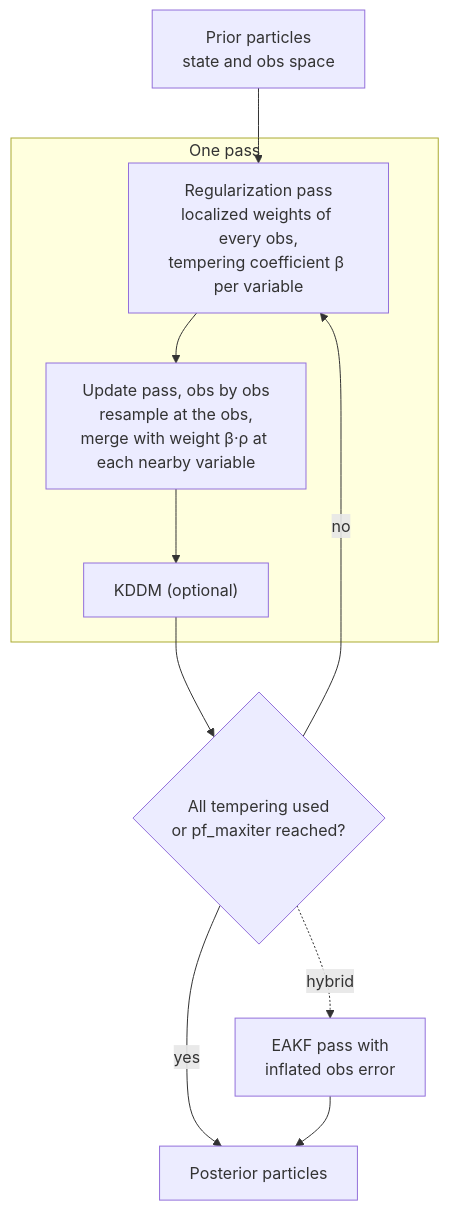
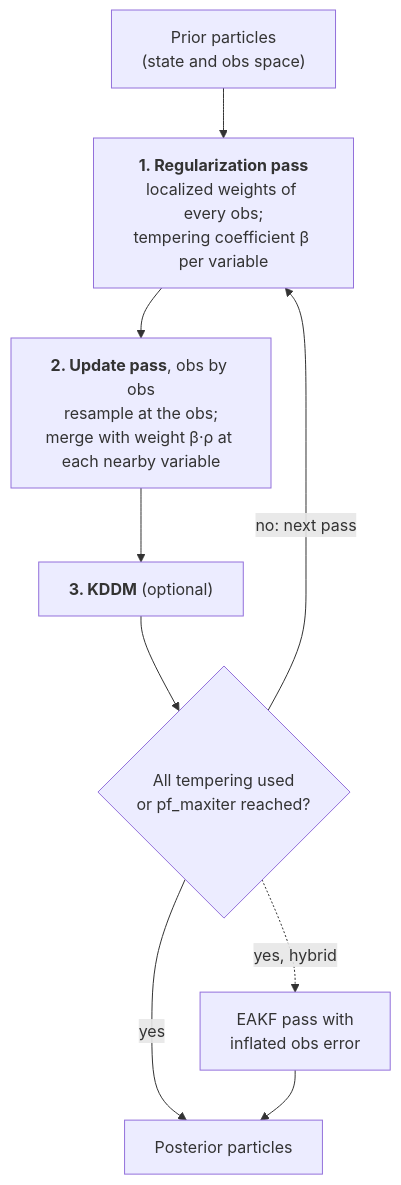
Before and after one commit to jpoterjoy/DART: the diagram in README_LPF.md, drawn with Mermaid. The commit also changed 4 other files, not shown here.

````diff
--- a/README_LPF.md
+++ b/README_LPF.md
@@ -69,13 +69,11 @@
 ```mermaid
 flowchart TD
-    A[Prior particles<br/>state and obs space] --> B
-    subgraph PASS [One pass]
-        B["Regularization pass<br/>localized weights of every obs,<br/>tempering coefficient β per variable"] --> C
-        C["Update pass, obs by obs<br/>resample at the obs,<br/>merge with weight β·ρ at each nearby variable"] --> D
-        D["KDDM (optional)"]
-    end
-    D --> E{"All tempering used<br/>or pf_maxiter reached?"}
-    E -- no --> B
-    E -- yes --> F[Posterior particles]
-    E -. hybrid .-> G["EAKF pass with<br/>inflated obs error"] --> F
+    A["Prior particles<br/>(state and obs space)"] --> B
+    B["<b>1. Regularization pass</b><br/>localized weights of every obs;<br/>tempering coefficient β per variable"] --> C
+    C["<b>2. Update pass</b>, obs by obs<br/>resample at the obs;<br/>merge with weight β·ρ at each nearby variable"] --> D
+    D["<b>3. KDDM</b> (optional)"] --> E
+    E{"All tempering used<br/>or pf_maxiter reached?"}
+    E -- "no: next pass" --> B
+    E -- yes --> F["Posterior particles"]
+    E -. "yes, hybrid" .-> G["EAKF pass with<br/>inflated obs error"] --> F
 ```
````
